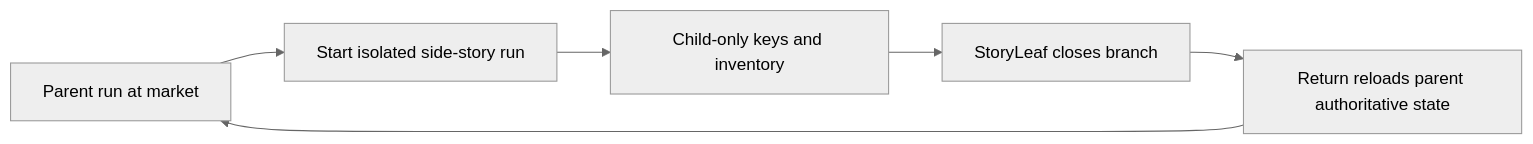
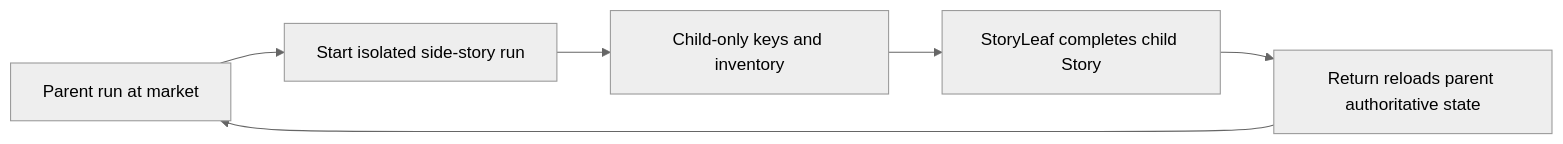
Before and after one commit to rcereghini/storybranch: the fourth of 5 diagrams in docs/story-system/examples.md, drawn with Mermaid (neutral theme). The commit also changed other lines of this file and 148 other files, not shown here.

````diff
--- a/docs/story-system/examples.md
+++ b/docs/story-system/examples.md
@@ -90,8 +91,8 @@
 ```mermaid
 flowchart LR
   Parent[Parent run at market] --> Child[Start isolated side-story run]
   Child --> Local[Child-only keys and inventory]
-  Local --> Leaf[StoryLeaf closes branch]
+  Local --> Leaf[StoryLeaf completes child Story]
   Leaf --> Return[Return reloads parent authoritative state]
   Return --> Parent
 ```
````
